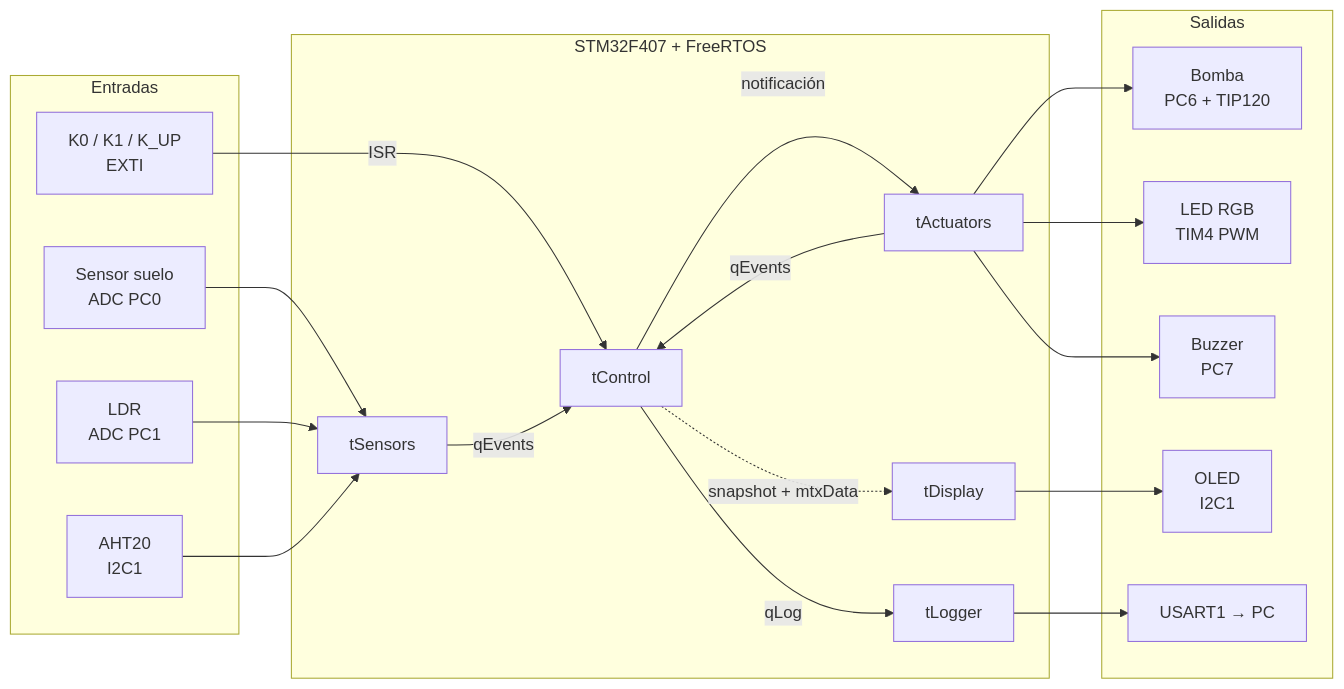
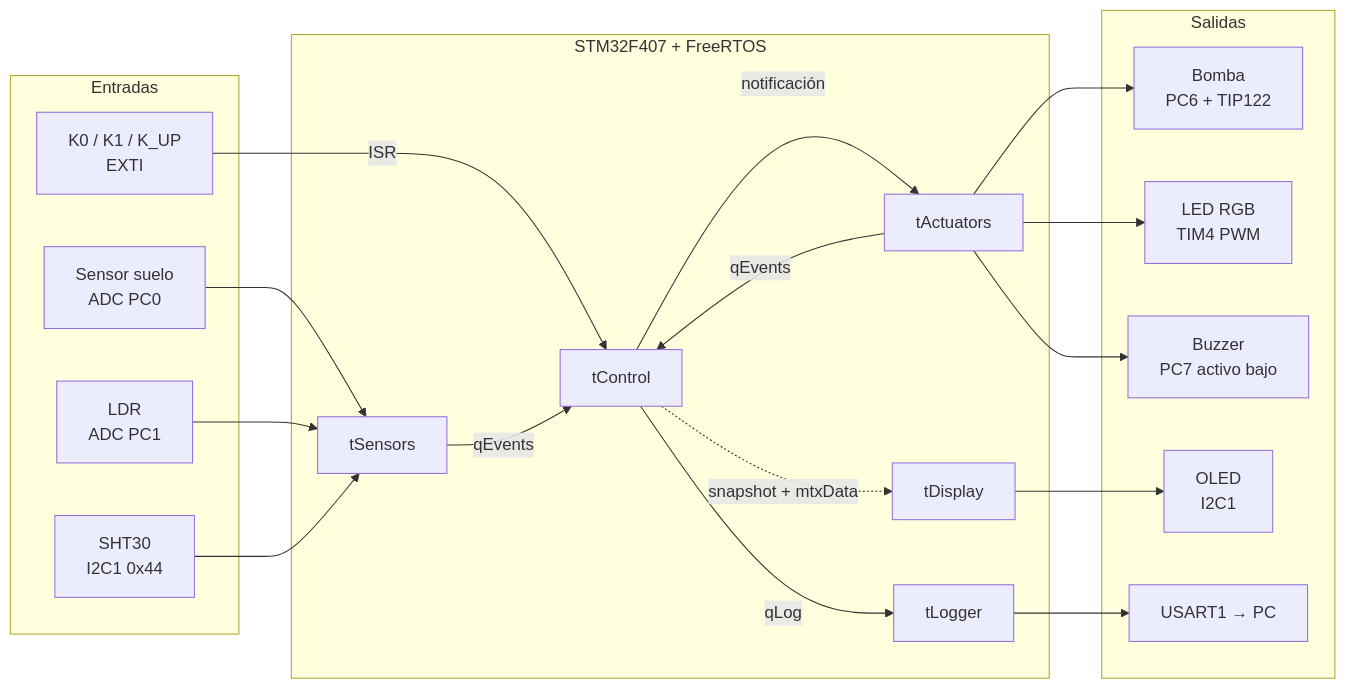
The first of 3 diagrams in docs/arquitectura.md (GildardoRestrepo/greenhouse_Mata_freeRTOS), drawn with Mermaid before and after one commit. The commit also changed other lines of this file and 6 other files, not shown here.

````diff
--- a/docs/arquitectura.md
+++ b/docs/arquitectura.md
@@ -15,35 +15,35 @@
 ```mermaid
 flowchart LR
   subgraph Entradas
     SOIL[Sensor suelo<br/>ADC PC0]
     LDR[LDR<br/>ADC PC1]
-    AHT[AHT20<br/>I2C1]
+    AHT[SHT30<br/>I2C1 0x44]
     BTN[K0 / K1 / K_UP<br/>EXTI]
   end
   subgraph STM32F407 + FreeRTOS
     SEN[tSensors]
     CTL[tControl]
     ACT[tActuators]
     DSP[tDisplay]
     LOG[tLogger]
   end
   subgraph Salidas
-    PUMP[Bomba<br/>PC6 + TIP120]
+    PUMP[Bomba<br/>PC6 + TIP122]
     RGB[LED RGB<br/>TIM4 PWM]
-    BUZ[Buzzer<br/>PC7]
+    BUZ[Buzzer<br/>PC7 activo bajo]
     OLED[OLED<br/>I2C1]
     UART[USART1 → PC]
   end
   SOIL --> SEN
   LDR --> SEN
   AHT --> SEN
   BTN -- ISR --> CTL
   SEN -- qEvents --> CTL
   CTL -- notificación --> ACT
   ACT -- qEvents --> CTL
   ACT --> PUMP & RGB & BUZ
   DSP --> OLED
   CTL -. snapshot + mtxData .-> DSP
   CTL -- qLog --> LOG
   LOG --> UART
 ```
````
